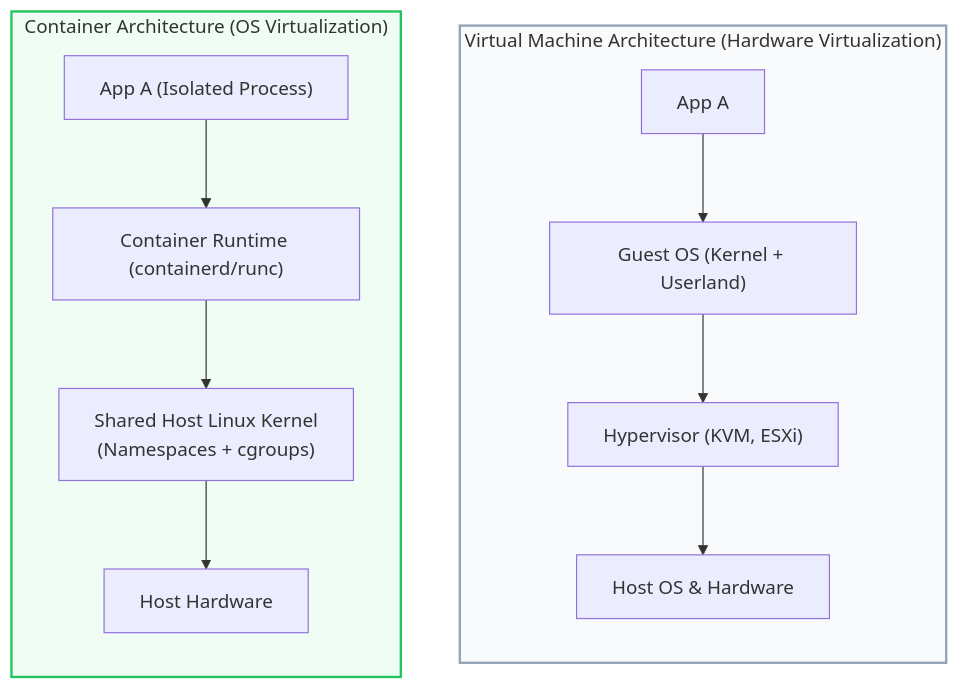
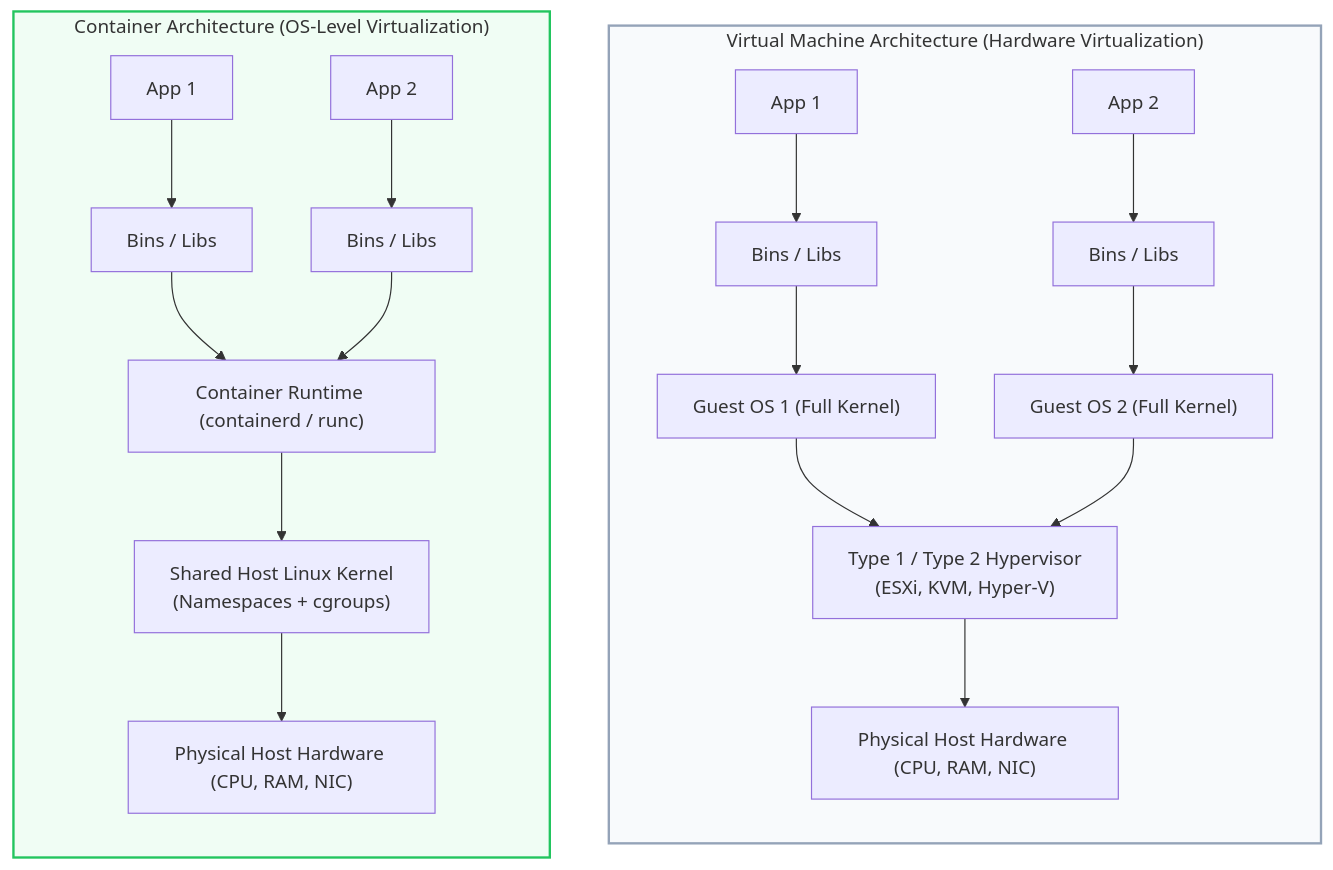
Before and after one commit to PandeyKishan/Study-Notes: the fourth of 7 diagrams in 01-Docker/01-Core-Concepts-and-Architecture.md, drawn with Mermaid. The commit also changed other lines of this file and 20 other files, not shown here.

````diff
--- a/01-Docker/01-Core-Concepts-and-Architecture.md
+++ b/01-Docker/01-Core-Concepts-and-Architecture.md
@@ -12,19 +116,26 @@
 ```mermaid
 flowchart TB
-    subgraph VM_Architecture["Virtual Machine Architecture (Hardware Virtualization)"]
+    subgraph VM_Arch["Virtual Machine Architecture (Hardware Virtualization)"]
         direction TB
-        App1["App A"] --> GuestOS1["Guest OS (Kernel + Userland)"]
-        GuestOS1 --> Hypervisor["Hypervisor (KVM, ESXi)"]
-        Hypervisor --> HostOS_VM["Host OS & Hardware"]
+        App1["App 1"] --> Lib1["Bins / Libs"]
+        Lib1 --> GOS1["Guest OS 1 (Full Kernel)"]
+        App2["App 2"] --> Lib2["Bins / Libs"]
+        Lib2 --> GOS2["Guest OS 2 (Full Kernel)"]
+        GOS1 --> Hyp["Type 1 / Type 2 Hypervisor\n(ESXi, KVM, Hyper-V)"]
+        GOS2 --> Hyp
+        Hyp --> HostHW1["Physical Host Hardware (CPU, RAM, NIC)"]
     end
 
-    subgraph Container_Architecture["Container Architecture (OS Virtualization)"]
+    subgraph Cont_Arch["Container Architecture (OS-Level Virtualization)"]
         direction TB
-        AppC1["App A (Isolated Process)"] --> Engine["Container Runtime (containerd/runc)"]
+        AppC1["App 1"] --> LibC1["Bins / Libs"]
+        AppC2["App 2"] --> LibC2["Bins / Libs"]
+        LibC1 --> Engine["Container Runtime (containerd / runc)"]
+        LibC2 --> Engine
         Engine --> SharedKernel["Shared Host Linux Kernel\n(Namespaces + cgroups)"]
-        SharedKernel --> HostHardware["Host Hardware"]
+        SharedKernel --> HostHW2["Physical Host Hardware (CPU, RAM, NIC)"]
     end
 
-    style VM_Architecture fill:#f8fafc,stroke:#94a3b8,stroke-width:2px
-    style Container_Architecture fill:#f0fdf4,stroke:#22c55e,stroke-width:2px
+    style VM_Arch fill:#f8fafc,stroke:#94a3b8,stroke-width:2px
+    style Cont_Arch fill:#f0fdf4,stroke:#22c55e,stroke-width:2px
 ```
````
